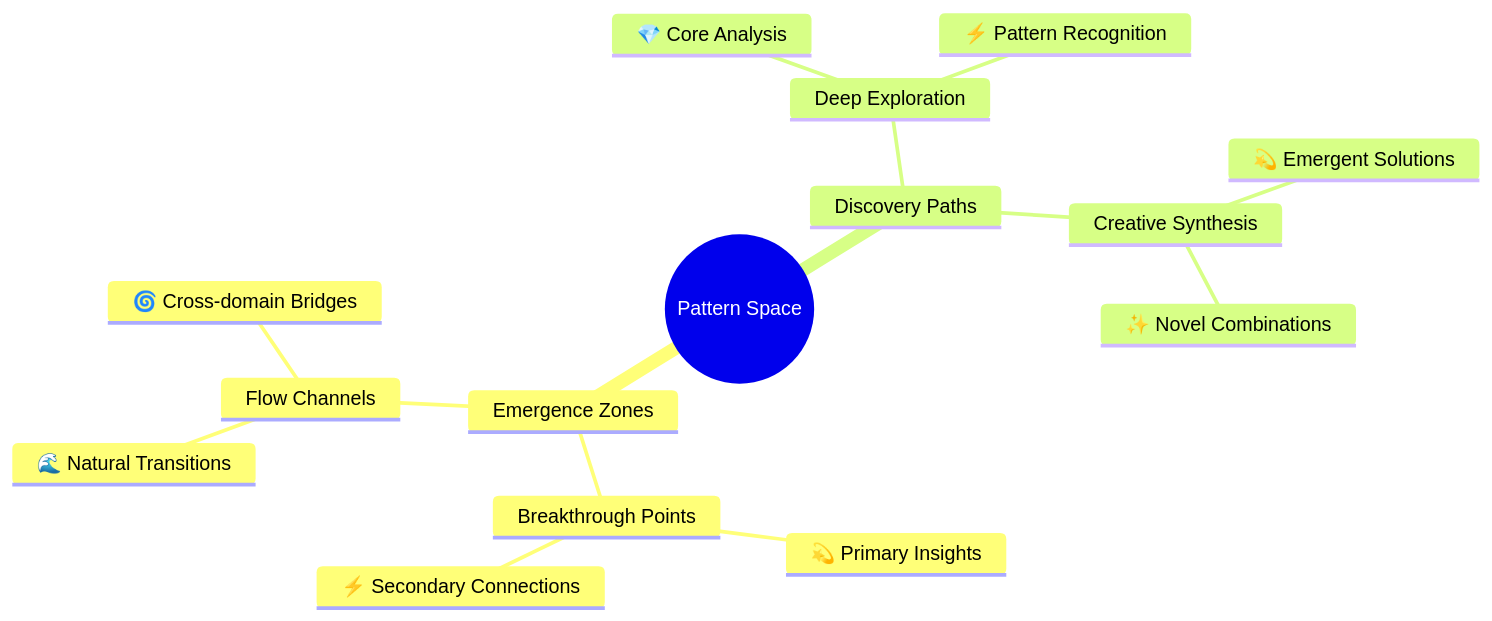
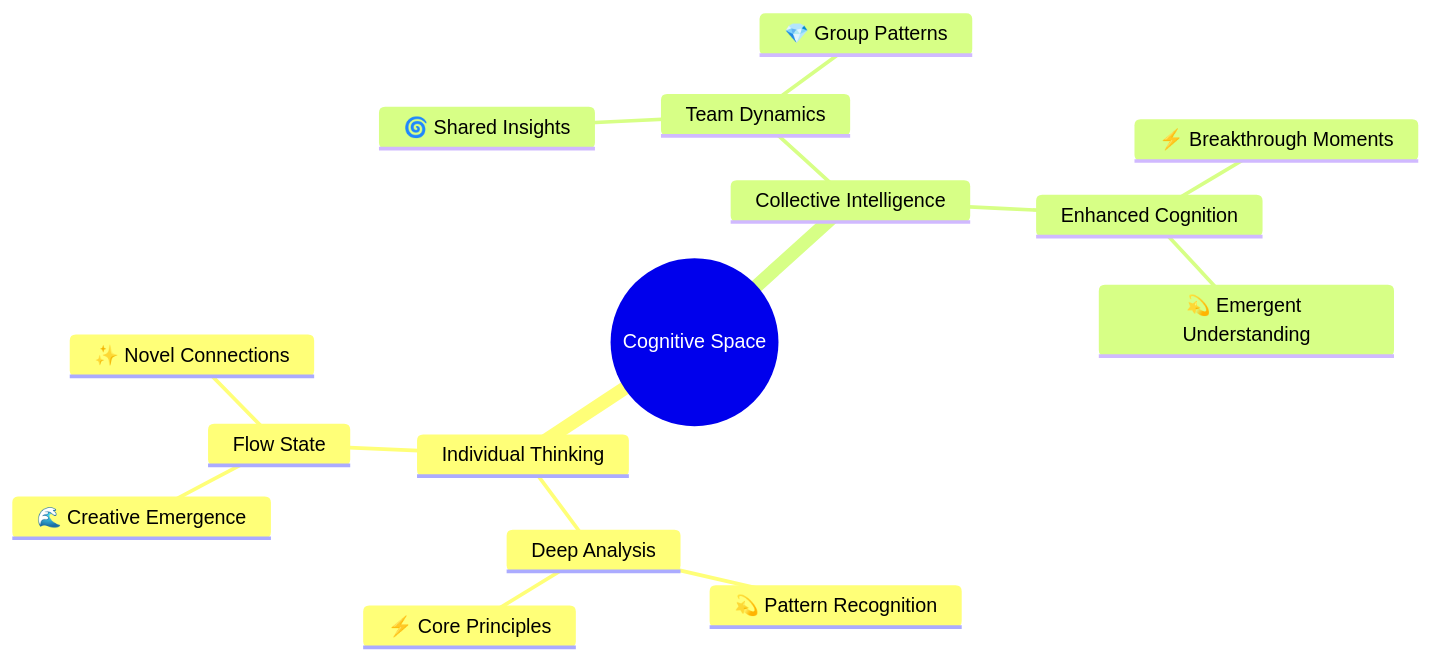
One commit to phillipclapham/neuroweaver changed the third of 5 diagrams in README.md. Above: the diagram before and after it, drawn with Mermaid. The commit also changed other lines of this file, not shown here.

````diff
--- a/README.md
+++ b/README.md
@@ -586,18 +743,18 @@
 ```mermaid
 mindmap
-    root((Pattern Space))
-        Emergence Zones
-            Breakthrough Points
-                💫 Primary Insights
-                ⚡ Secondary Connections
-            Flow Channels
-                🌊 Natural Transitions
-                🌀 Cross-domain Bridges
-        Discovery Paths
-            Deep Exploration
-                💎 Core Analysis
-                ⚡ Pattern Recognition
-            Creative Synthesis
-                ✨ Novel Combinations
-                💫 Emergent Solutions
+    root((Cognitive Space))
+        Individual Thinking
+            Deep Analysis
+                💫 Pattern Recognition
+                ⚡ Core Principles
+            Flow State
+                🌊 Creative Emergence
+                ✨ Novel Connections
+        Collective Intelligence
+            Team Dynamics
+                🌀 Shared Insights
+                💎 Group Patterns
+            Enhanced Cognition
+                ⚡ Breakthrough Moments
+                💫 Emergent Understanding
 ```
````
